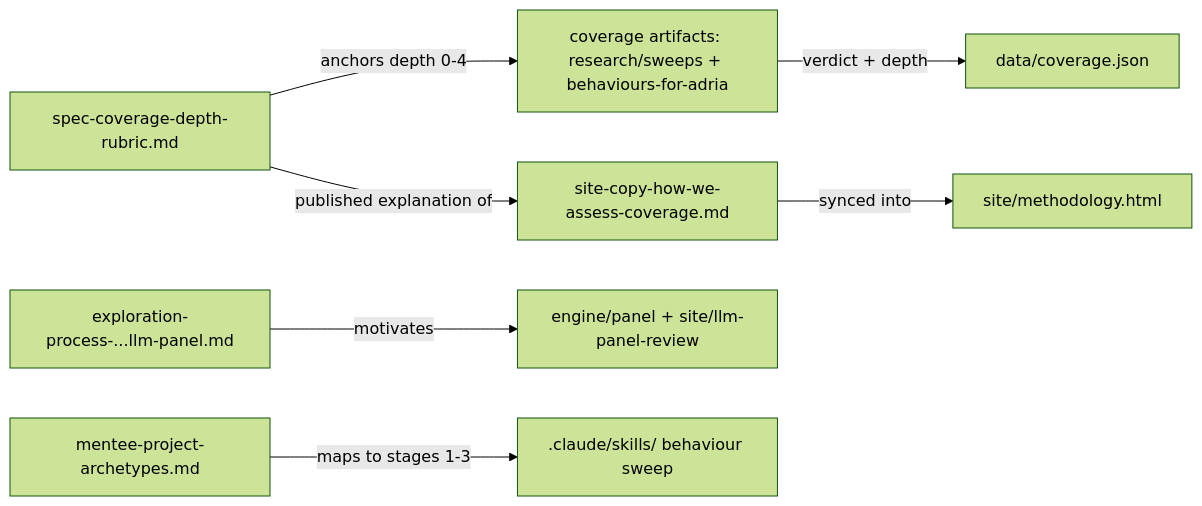
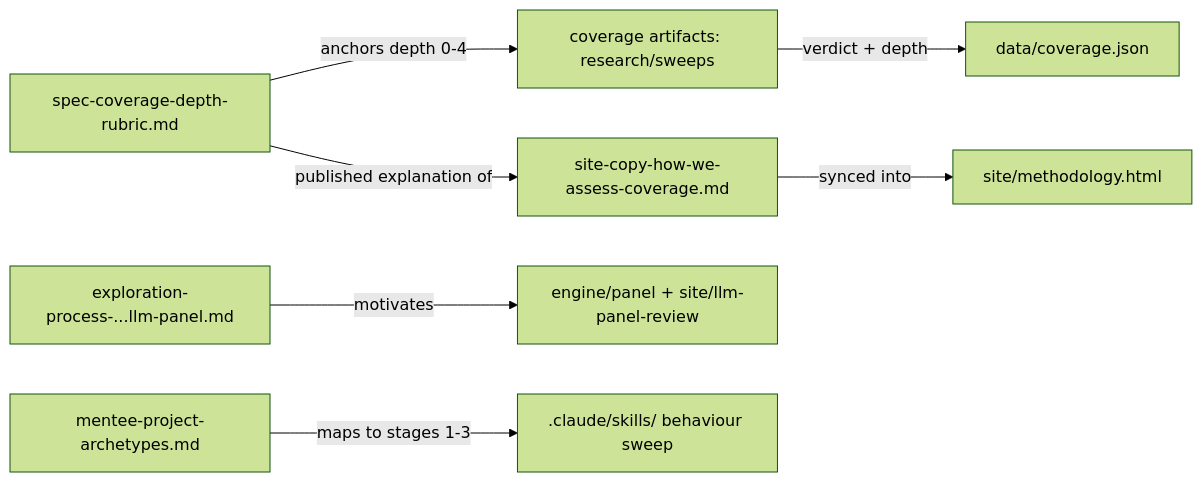
One commit to AndresCotton/ai-character-index changed the diagram in methodology/OVERVIEW.md. Above: the diagram before and after it, drawn with Mermaid (forest theme). The commit also changed other lines of this file and 30 other files, not shown here.

````diff
--- a/methodology/OVERVIEW.md
+++ b/methodology/OVERVIEW.md
@@ -20,9 +20,9 @@
 ```mermaid
 graph LR
-  RUBRIC["spec-coverage-depth-rubric.md"] -->|anchors depth 0-4| SWEEP["coverage artifacts: research/sweeps + behaviours-for-adria"]
+  RUBRIC["spec-coverage-depth-rubric.md"] -->|anchors depth 0-4| SWEEP["coverage artifacts: research/sweeps"]
   SWEEP -->|verdict + depth| COVERAGE["data/coverage.json"]
   SITECOPY["site-copy-how-we-assess-coverage.md"] -->|synced into| METHOD["site/methodology.html"]
   RUBRIC -->|published explanation of| SITECOPY
   EXPLORE["exploration-process-...llm-panel.md"] -->|motivates| PANEL["engine/panel + site/llm-panel-review"]
   MENTEE["mentee-project-archetypes.md"] -->|maps to stages 1-3| SKILLS[".claude/skills/ behaviour sweep"]
 ```
````
